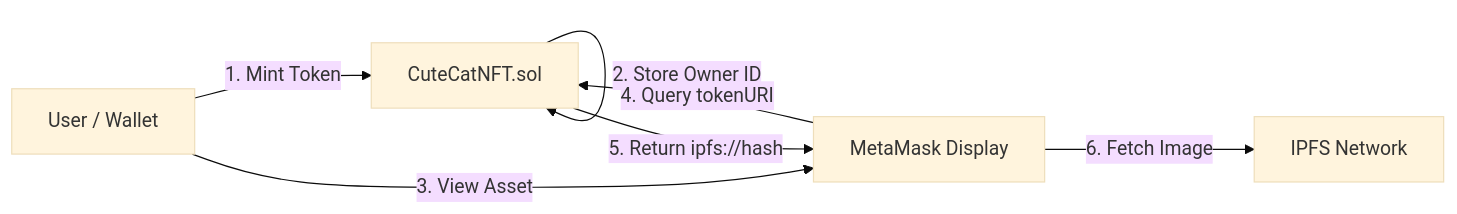
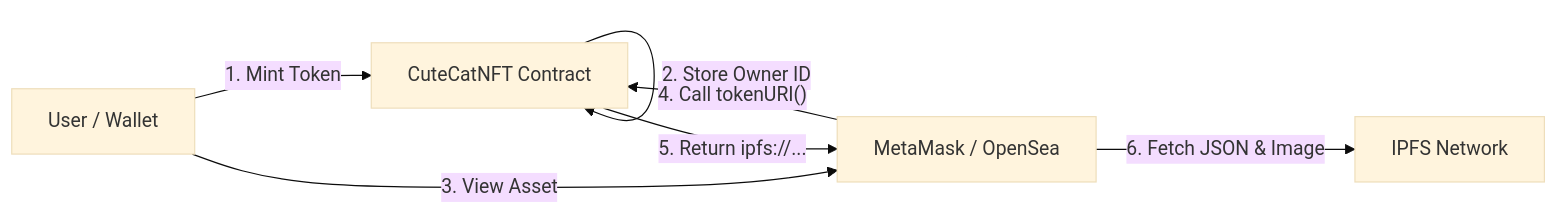
The diagram in README.md (NexTechArchitect/ERC721-Advanced-IPFS-NFT), drawn with Mermaid (base theme) before and after one commit. The commit also changed other lines of this file, not shown here.

````diff
--- a/README.md
+++ b/README.md
@@ -53,16 +53,16 @@
 ```mermaid
 graph LR
-    User[User / Wallet]
-    Contract[CuteCatNFT.sol]
-    IPFS[IPFS Network]
-    MetaMask[MetaMask Display]
+    User["User / Wallet"]
+    Contract["CuteCatNFT Contract"]
+    IPFS["IPFS Network"]
+    Display["MetaMask / OpenSea"]
 
-    User -- 1. Mint Token --> Contract
-    Contract -- 2. Store Owner ID --> Contract
+    User -- "1. Mint Token" --> Contract
+    Contract -- "2. Store Owner ID" --> Contract
     
-    User -- 3. View Asset --> MetaMask
-    MetaMask -- 4. Query tokenURI --> Contract
-    Contract -- 5. Return ipfs://hash --> MetaMask
-    MetaMask -- 6. Fetch Image --> IPFS
+    User -- "3. View Asset" --> Display
+    Display -- "4. Call tokenURI()" --> Contract
+    Contract -- "5. Return ipfs://..." --> Display
+    Display -- "6. Fetch JSON & Image" --> IPFS
 
 ```
````
